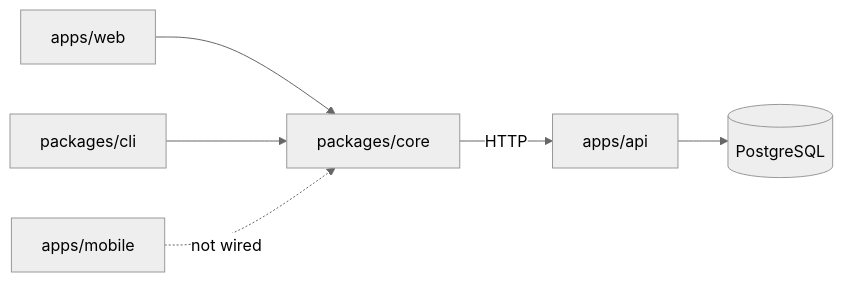
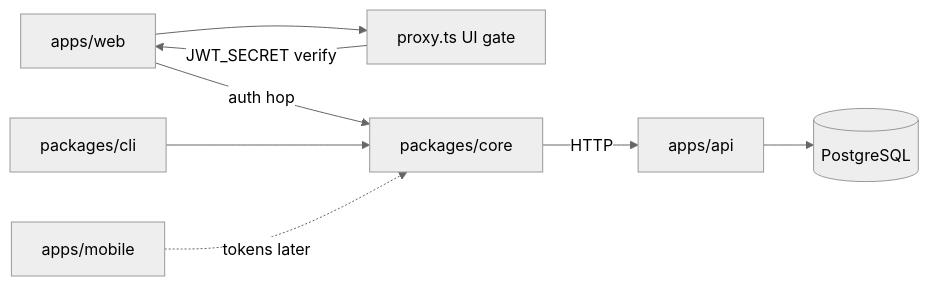
The diagram in _first/basilic/ARCHITECTURE.md (blockmatic/basilic), drawn with Mermaid (neutral theme) before and after one commit. The commit also changed other lines of this file and 76 other files, not shown here.

````diff
--- a/_first/basilic/ARCHITECTURE.md
+++ b/_first/basilic/ARCHITECTURE.md
@@ -29,14 +33,17 @@
 ```mermaid
 flowchart LR
   web[apps/web]
+  proxy[proxy.ts UI gate]
   mobile[apps/mobile]
   cli[packages/cli]
   core[packages/core]
   api[apps/api]
   db[(PostgreSQL)]
-  web --> core
+  web --> proxy
+  proxy -->|"JWT_SECRET verify"| web
+  web -->|"auth hop"| core
   cli --> core
   core -->|"HTTP"| api
   api --> db
-  mobile -.->|"not wired"| core
+  mobile -.->|"tokens later"| core
 ```
````
